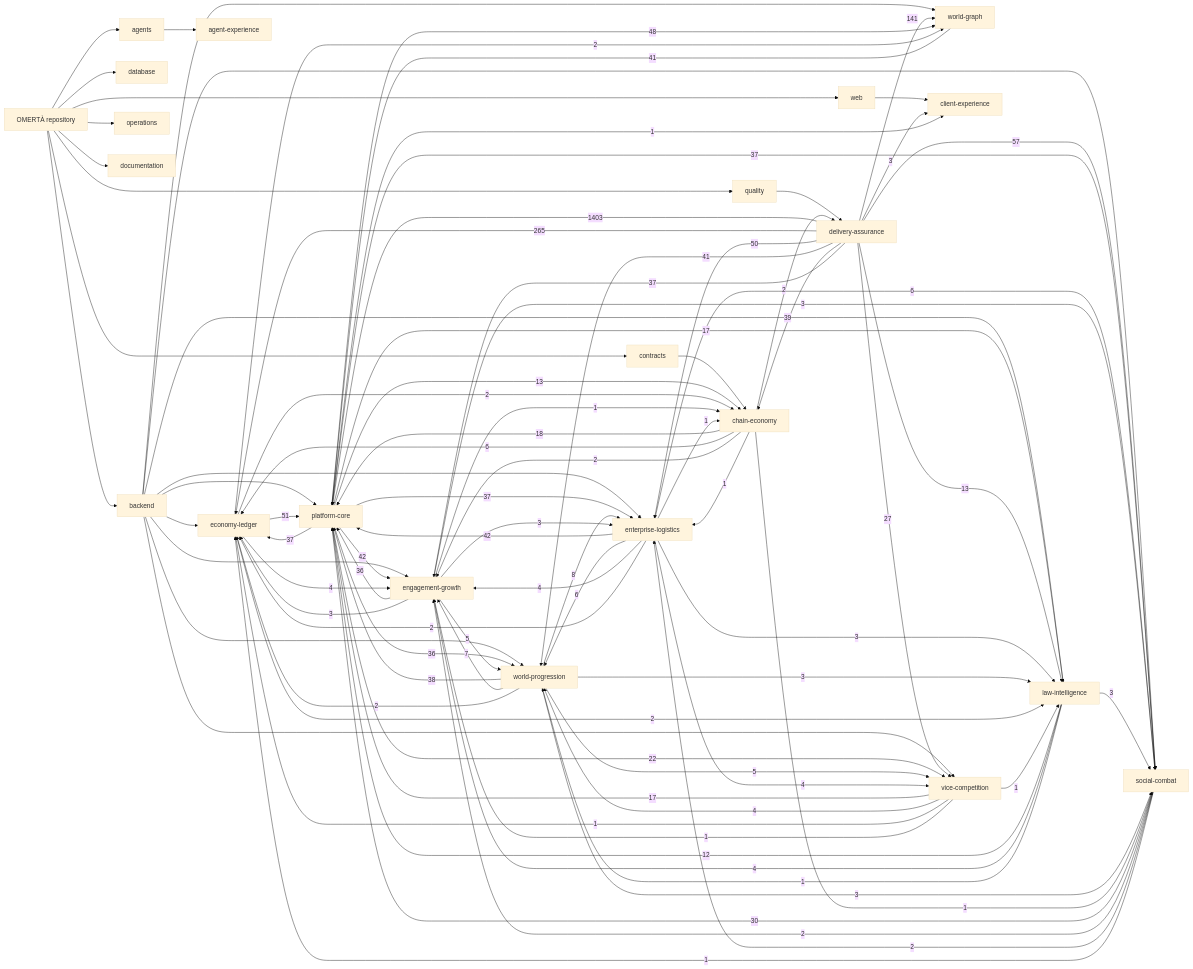
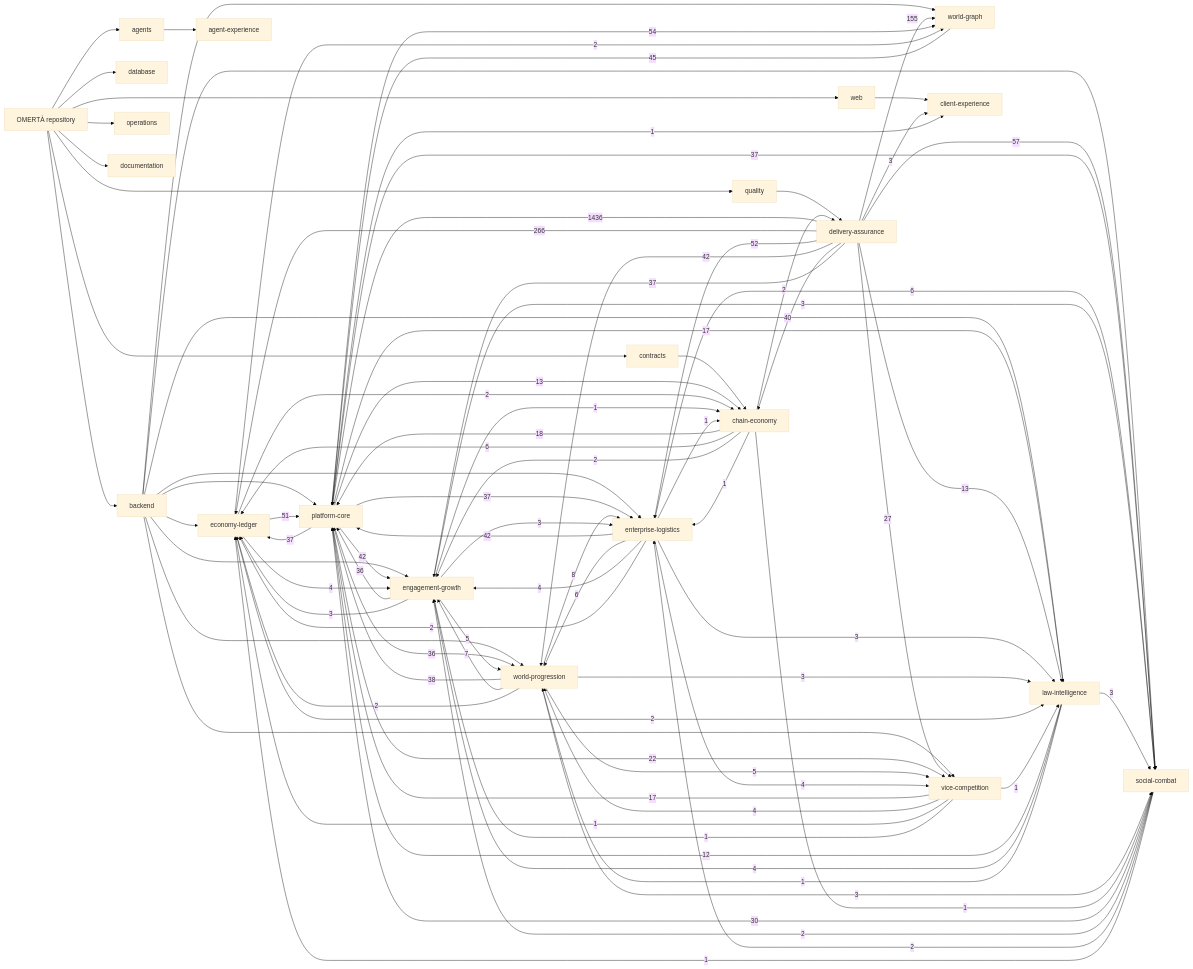
One commit to OmertaDev/Omerta changed the diagram in knowledge/generated/graph.mmd. Above: the diagram before and after it, drawn with Mermaid (base theme). The commit also changed 8 other files, not shown here.

Commit message:
Regenerate composed economy and gameplay source graph

```diff
--- a/knowledge/generated/graph.mmd
+++ b/knowledge/generated/graph.mmd
@@ -1,111 +1,111 @@
 flowchart LR
   repo["OMERTÀ repository"]
   sub_backend["backend"]
   repo --> sub_backend
   sub_database["database"]
   repo --> sub_database
   sub_web["web"]
   repo --> sub_web
   sub_contracts["contracts"]
   repo --> sub_contracts
   sub_agents["agents"]
   repo --> sub_agents
   sub_quality["quality"]
   repo --> sub_quality
   sub_operations["operations"]
   repo --> sub_operations
   sub_documentation["documentation"]
   repo --> sub_documentation
   dom_platform-core["platform-core"]
   dom_economy-ledger["economy-ledger"]
   dom_social-combat["social-combat"]
   dom_world-progression["world-progression"]
   dom_world-graph["world-graph"]
   dom_enterprise-logistics["enterprise-logistics"]
   dom_vice-competition["vice-competition"]
   dom_law-intelligence["law-intelligence"]
   dom_chain-economy["chain-economy"]
   dom_engagement-growth["engagement-growth"]
   dom_client-experience["client-experience"]
   dom_agent-experience["agent-experience"]
   dom_delivery-assurance["delivery-assurance"]
   sub_agents --> dom_agent-experience
   sub_backend --> dom_economy-ledger
   sub_backend --> dom_engagement-growth
   sub_backend --> dom_enterprise-logistics
   sub_backend --> dom_law-intelligence
   sub_backend --> dom_platform-core
   sub_backend --> dom_social-combat
   sub_backend --> dom_vice-competition
   sub_backend --> dom_world-graph
   sub_backend --> dom_world-progression
   sub_contracts --> dom_chain-economy
   sub_quality --> dom_delivery-assurance
   sub_web --> dom_client-experience
-  dom_delivery-assurance -->|1403| dom_platform-core
-  dom_delivery-assurance -->|265| dom_economy-ledger
-  dom_delivery-assurance -->|141| dom_world-graph
+  dom_delivery-assurance -->|1436| dom_platform-core
+  dom_delivery-assurance -->|266| dom_economy-ledger
+  dom_delivery-assurance -->|155| dom_world-graph
   dom_delivery-assurance -->|57| dom_social-combat
+  dom_platform-core -->|54| dom_world-graph
+  dom_delivery-assurance -->|52| dom_enterprise-logistics
   dom_economy-ledger -->|51| dom_platform-core
-  dom_delivery-assurance -->|50| dom_enterprise-logistics
-  dom_platform-core -->|48| dom_world-graph
+  dom_world-graph -->|45| dom_platform-core
+  dom_delivery-assurance -->|42| dom_world-progression
   dom_enterprise-logistics -->|42| dom_platform-core
   dom_platform-core -->|42| dom_engagement-growth
-  dom_delivery-assurance -->|41| dom_world-progression
-  dom_world-graph -->|41| dom_platform-core
-  dom_delivery-assurance -->|39| dom_chain-economy
+  dom_delivery-assurance -->|40| dom_chain-economy
   dom_world-progression -->|38| dom_platform-core
   dom_delivery-assurance -->|37| dom_engagement-growth
   dom_platform-core -->|37| dom_economy-ledger
   dom_platform-core -->|37| dom_enterprise-logistics
   dom_platform-core -->|37| dom_social-combat
   dom_engagement-growth -->|36| dom_platform-core
   dom_platform-core -->|36| dom_world-progression
   dom_social-combat -->|30| dom_platform-core
   dom_delivery-assurance -->|27| dom_vice-competition
   dom_platform-core -->|22| dom_vice-competition
   dom_chain-economy -->|18| dom_platform-core
   dom_platform-core -->|17| dom_law-intelligence
   dom_vice-competition -->|17| dom_platform-core
   dom_delivery-assurance -->|13| dom_law-intelligence
   dom_platform-core -->|13| dom_chain-economy
   dom_law-intelligence -->|12| dom_platform-core
   dom_world-progression -->|8| dom_enterprise-logistics
   dom_world-progression -->|7| dom_engagement-growth
   dom_chain-economy -->|6| dom_economy-ledger
   dom_enterprise-logistics -->|6| dom_social-combat
   dom_enterprise-logistics -->|6| dom_world-progression
   dom_engagement-growth -->|5| dom_world-progression
   dom_world-progression -->|5| dom_vice-competition
   dom_economy-ledger -->|4| dom_engagement-growth
   dom_enterprise-logistics -->|4| dom_engagement-growth
   dom_enterprise-logistics -->|4| dom_vice-competition
   dom_law-intelligence -->|4| dom_engagement-growth
   dom_vice-competition -->|4| dom_world-progression
   dom_delivery-assurance -->|3| dom_client-experience
   dom_engagement-growth -->|3| dom_economy-ledger
   dom_engagement-growth -->|3| dom_enterprise-logistics
   dom_engagement-growth -->|3| dom_social-combat
   dom_enterprise-logistics -->|3| dom_law-intelligence
   dom_law-intelligence -->|3| dom_social-combat
   dom_world-progression -->|3| dom_law-intelligence
   dom_world-progression -->|3| dom_social-combat
   dom_chain-economy -->|2| dom_delivery-assurance
   dom_chain-economy -->|2| dom_engagement-growth
   dom_economy-ledger -->|2| dom_chain-economy
   dom_economy-ledger -->|2| dom_law-intelligence
   dom_economy-ledger -->|2| dom_world-graph
   dom_enterprise-logistics -->|2| dom_economy-ledger
   dom_social-combat -->|2| dom_engagement-growth
   dom_social-combat -->|2| dom_enterprise-logistics
   dom_world-progression -->|2| dom_economy-ledger
   dom_chain-economy -->|1| dom_enterprise-logistics
   dom_chain-economy -->|1| dom_social-combat
   dom_engagement-growth -->|1| dom_chain-economy
   dom_enterprise-logistics -->|1| dom_chain-economy
   dom_law-intelligence -->|1| dom_world-progression
   dom_platform-core -->|1| dom_client-experience
   dom_social-combat -->|1| dom_economy-ledger
   dom_vice-competition -->|1| dom_economy-ledger
   dom_vice-competition -->|1| dom_engagement-growth
   dom_vice-competition -->|1| dom_law-intelligence
```
